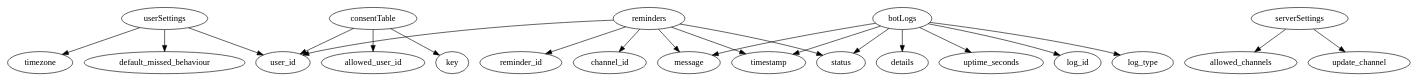
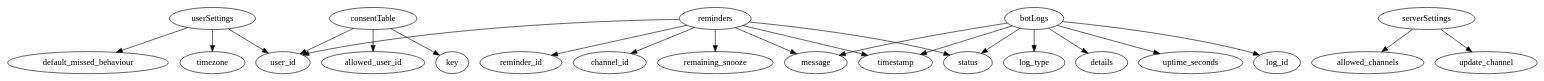
Before and after one commit to zoelueck/reminderbot: the diagram in planning.md, drawn with Graphviz.

Commit message:
added snooze to erd

````diff
--- a/planning.md
+++ b/planning.md
@@ -32,9 +32,9 @@
 ```dot
 digraph G {
-    reminders -> {reminder_id user_id message channel_id timestamp status}
+    reminders -> {reminder_id user_id message channel_id timestamp status remaining_snooze}
     userSettings -> {user_id timezone default_missed_behaviour}
     serverSettings -> {allowed_channels update_channel}
     consentTable -> {user_id allowed_user_id key}
     botLogs -> {log_id timestamp log_type message details uptime_seconds status}
 }
 ```
````
